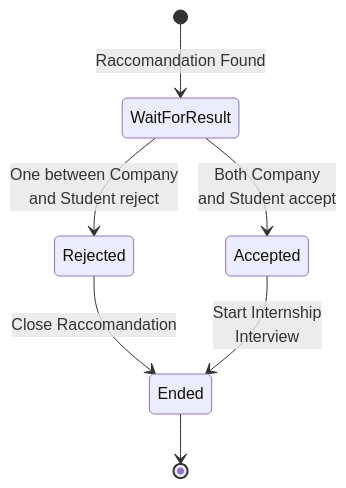
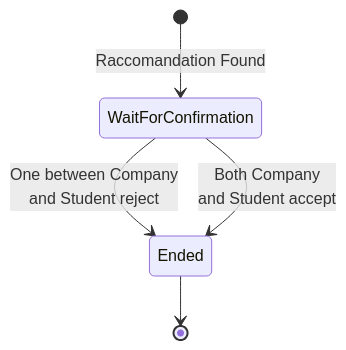
The first of 3 diagrams in Diagrams/StateDiagram.md (Slaitroc/RicciPaoliGrisoni), drawn with Mermaid before and after one commit. The commit also changed other lines of this file and 4 other files, not shown here.

Commit message:
2.1.3 StateCharts Intro added, Charts explanations added LucidCharts images added  StateCharts refactored

````diff
--- a/Diagrams/StateDiagram.md
+++ b/Diagrams/StateDiagram.md
@@ -1,10 +1,9 @@
 ```mermaid
 %% Raccomandation Process Evolution
 stateDiagram-v2
-    [*] --> WaitForResult: Raccomandation Found
-    WaitForResult --> Rejected: One between Company<br> and Student reject
-    WaitForResult --> Accepted: Both Company <br>and Student accept
-    Rejected --> Ended: Close Raccomandation
-    Accepted --> Ended: Start Internship<br>Interview
+    [*] --> WaitForConfirmation: Raccomandation Found
+    WaitForConfirmation --> Ended: One between Company<br> and Student reject
+    WaitForConfirmation --> Ended: Both Company <br>and Student accept
+    
     Ended --> [*]
 ```
````
